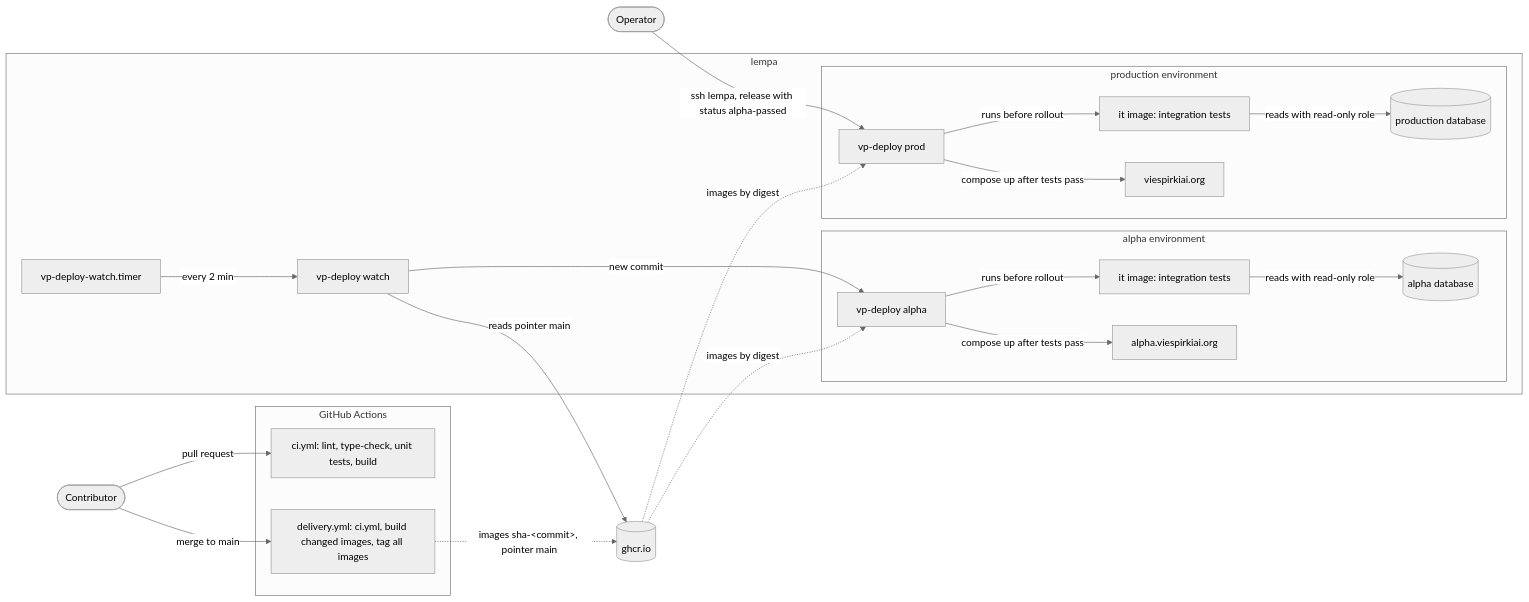
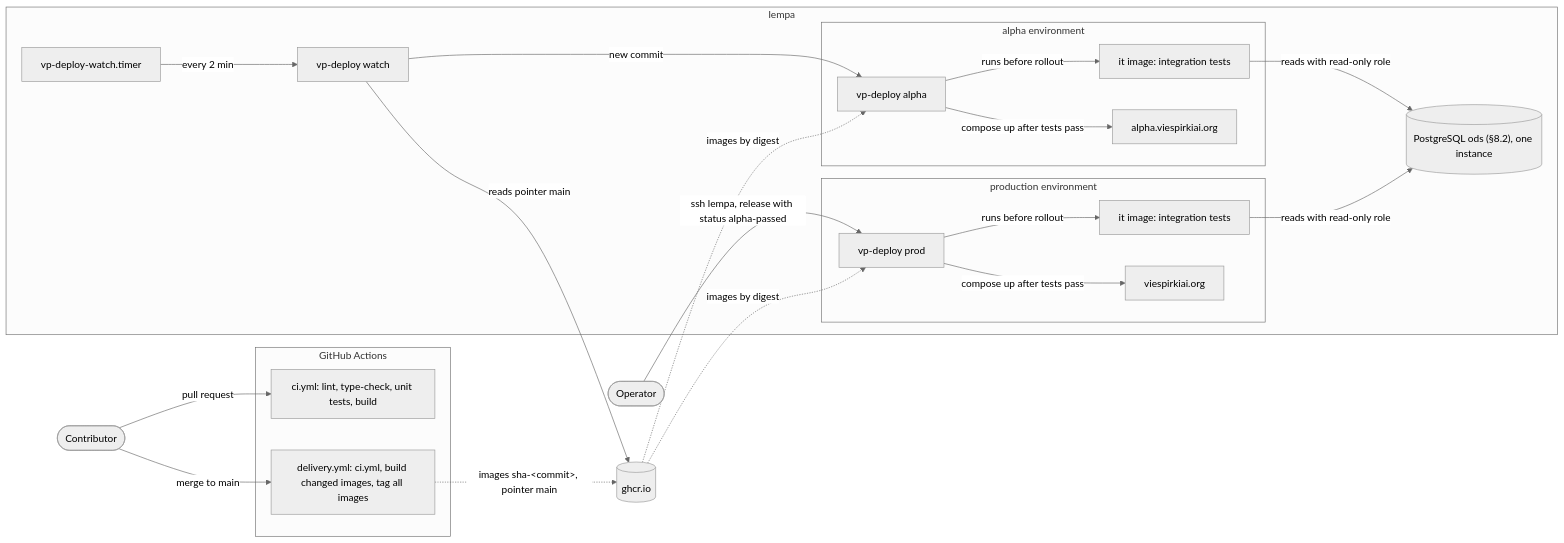
Before and after one commit to Viespirkiu-grupe/viespirkiai: the sixth of 10 diagrams in docs/architecture/architecture-upgrade.md, drawn with Mermaid (neutral theme). The commit also changed other lines of this file, not shown here.

Commit message:
ODS clarifications

````diff
--- a/docs/architecture/architecture-upgrade.md
+++ b/docs/architecture/architecture-upgrade.md
@@ -869,45 +869,44 @@
 ```mermaid
 flowchart LR
     Contributor(["Contributor"])
     Operator(["Operator"])
 
     subgraph gha["GitHub Actions"]
         ci["ci.yml: lint, type-check, unit tests, build"]
         delivery["delivery.yml: ci.yml, build changed images, tag all images"]
     end
 
     ghcr[("ghcr.io")]
 
     subgraph lempa["lempa"]
         timer["vp-deploy-watch.timer"]
         watch["vp-deploy watch"]
         subgraph alphaenv["alpha environment"]
             alphadeploy["vp-deploy alpha"]
             alphait["it image: integration tests"]
-            alphadb[("alpha database")]
             alphaapps["alpha.viespirkiai.org"]
         end
         subgraph prodenv["production environment"]
             proddeploy["vp-deploy prod"]
             prodit["it image: integration tests"]
-            proddb[("production database")]
             prodapps["viespirkiai.org"]
         end
+        ods[("PostgreSQL ods (§8.2), one instance")]
     end
 
     Contributor -->|pull request| ci
     Contributor -->|merge to main| delivery
     delivery -.->|" images sha-#lt;commit#gt;, pointer main "| ghcr
     timer -->|every 2 min| watch
     watch -->|reads pointer main| ghcr
     watch -->|new commit| alphadeploy
     ghcr -.->|images by digest| alphadeploy
     alphadeploy -->|runs before rollout| alphait
-    alphait -->|reads with read-only role| alphadb
+    alphait -->|reads with read-only role| ods
     alphadeploy -->|compose up after tests pass| alphaapps
     Operator -->|ssh lempa, release with status alpha-passed| proddeploy
     ghcr -.->|images by digest| proddeploy
     proddeploy -->|runs before rollout| prodit
-    prodit -->|reads with read-only role| proddb
+    prodit -->|reads with read-only role| ods
     proddeploy -->|compose up after tests pass| prodapps
 ```
````
